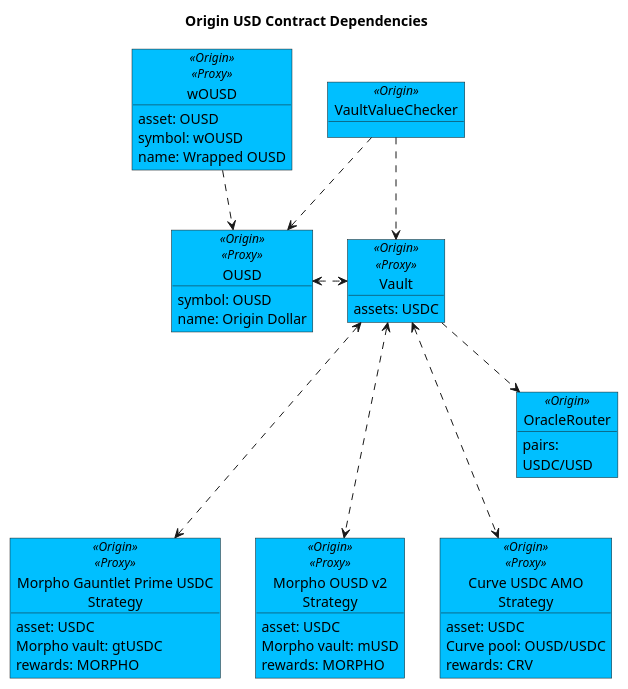
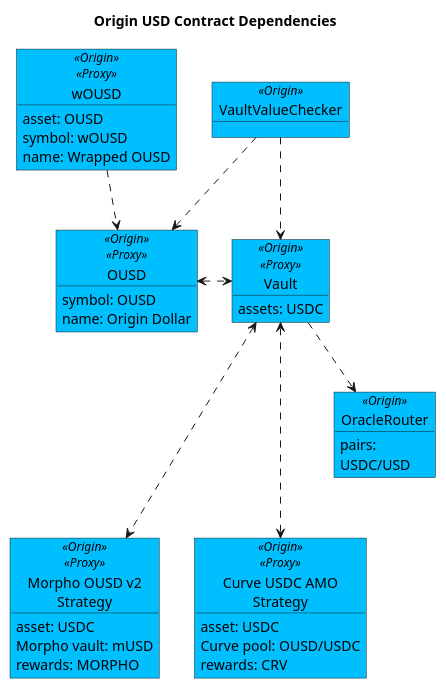
One commit to OriginProtocol/origin-dollar changed the diagram in contracts/docs/plantuml/ousdContracts.puml. Above: the diagram before and after it, drawn with PlantUML. The commit also changed 1 other file, not shown here.

```diff
--- a/contracts/docs/plantuml/ousdContracts.puml
+++ b/contracts/docs/plantuml/ousdContracts.puml
@@ -1,59 +1,53 @@
 @startuml
 
 title "Origin USD Contract Dependencies"
 
 object "VaultValueChecker" as checker <<Origin>> #DeepSkyBlue {
 }
 
 object "wOUSD" as wousd <<Origin>><<Proxy>> #DeepSkyBlue {
     asset: OUSD
     symbol: wOUSD
     name: Wrapped OUSD
 }
 
 object "OUSD" as ousd <<Origin>><<Proxy>> #DeepSkyBlue {
     symbol: OUSD
     name: Origin Dollar
 }
 
 object "Vault" as vault <<Origin>><<Proxy>> #DeepSkyBlue {
     assets: USDC 
 }
 
 ' Strategies
-object "Morpho Gauntlet Prime USDC\nStrategy" as gtUSDC <<Origin>><<Proxy>> #DeepSkyBlue {
-    asset: USDC
-    Morpho vault: gtUSDC
-    rewards: MORPHO
-}
 object "Morpho OUSD v2\nStrategy" as musd <<Origin>><<Proxy>> #DeepSkyBlue {
     asset: USDC
     Morpho vault: mUSD
     rewards: MORPHO
 }
 object "Curve USDC AMO\nStrategy" as curveAmoStrat <<Origin>><<Proxy>> #DeepSkyBlue {
     asset: USDC
     Curve pool: OUSD/USDC
     rewards: CRV
 }
 
 ' Oracle
 object "OracleRouter" as oracle <<Origin>> #DeepSkyBlue {
 pairs:
     USDC/USD
 }
 
 checker ..> ousd
 checker ..> vault
 
 wousd ..> ousd
 ousd <.> vault
 vault ..> oracle
 
 ' Strategies
-vault <...> gtUSDC
 vault <...> musd
 vault <...> curveAmoStrat
 
 
 @enduml
```
